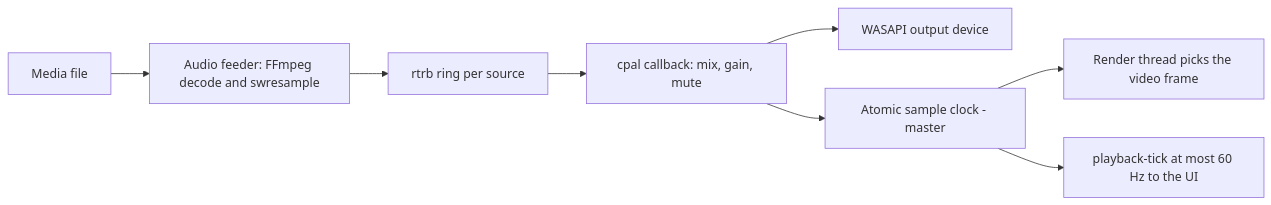
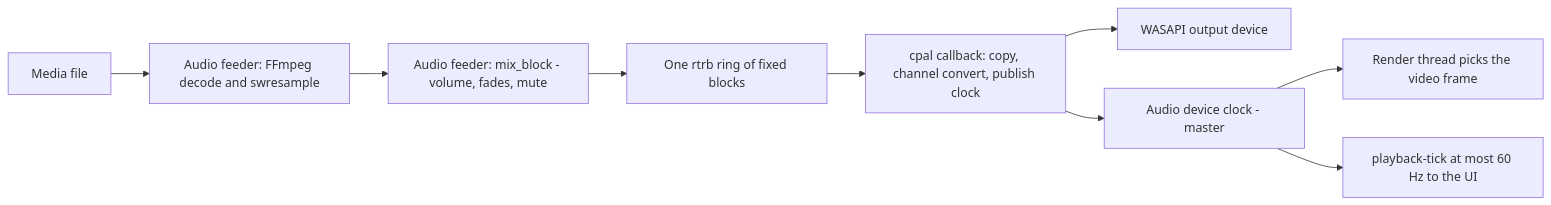
The fifth of 7 diagrams in docs/architecture.md (emicon123/cutframe), drawn with Mermaid before and after one commit. The commit also changed other lines of this file and 1 other file, not shown here.

First line of the commit message:
docs: point the architecture overview at the render, playback and export designs

````diff
--- a/docs/architecture.md
+++ b/docs/architecture.md
@@ -126,10 +131,11 @@
 ```mermaid
 flowchart LR
   file["Media file"] --> dec["Audio feeder: FFmpeg decode and swresample"]
-  dec --> ring["rtrb ring per source"]
-  ring --> cb["cpal callback: mix, gain, mute"]
+  dec --> mix["Audio feeder: mix_block - volume, fades, mute"]
+  mix --> ring["One rtrb ring of fixed blocks"]
+  ring --> cb["cpal callback: copy, channel convert, publish clock"]
   cb --> dev["WASAPI output device"]
-  cb --> clock["Atomic sample clock - master"]
+  cb --> clock["Audio device clock - master"]
   clock --> rnd["Render thread picks the video frame"]
   clock --> tick["playback-tick at most 60 Hz to the UI"]
 ```
````
